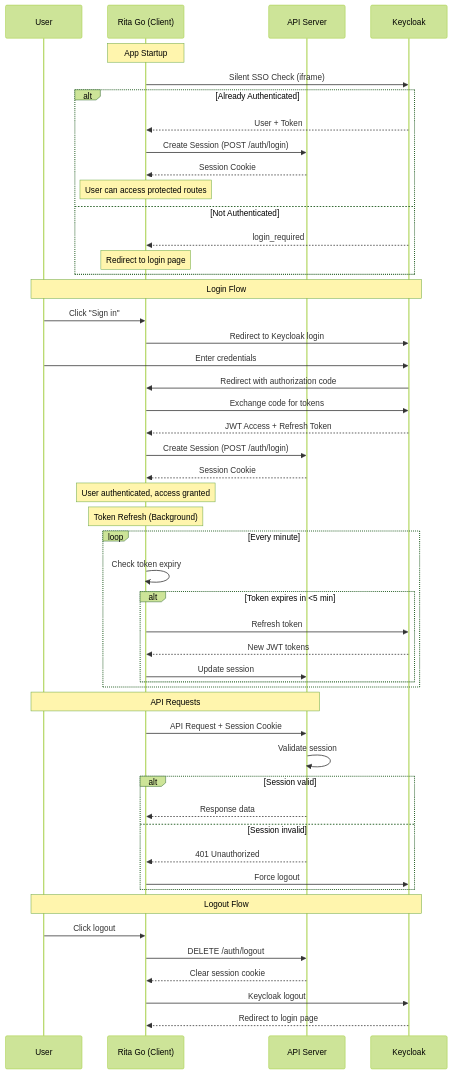
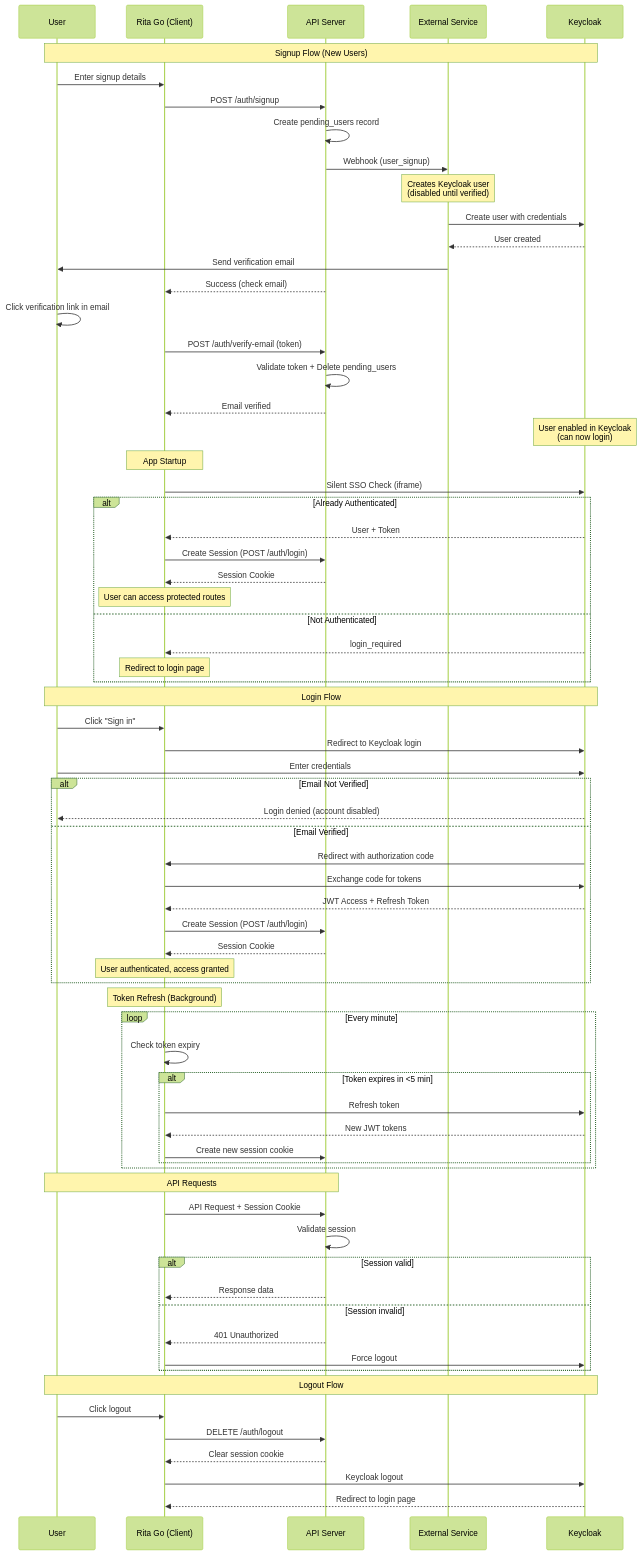
The first of 8 diagrams in docs/AUTHENTICATION_FLOW.md (ewilhelmy-resolve/resolve-prototypes), drawn with Mermaid (forest theme) before and after one commit. The commit also changed other lines of this file, not shown here.

First line of the commit message:
docs(auth): add signup flow with webhook and external service integration

````diff
--- a/docs/AUTHENTICATION_FLOW.md
+++ b/docs/AUTHENTICATION_FLOW.md
@@ -22,58 +22,79 @@
 ```mermaid
 sequenceDiagram
     participant U as User
     participant RG as Rita Go (Client)
     participant API as API Server
+    participant Webhook as External Service
     participant KC as Keycloak
+
+    Note over U,KC: Signup Flow (New Users)
+    U->>RG: Enter signup details
+    RG->>API: POST /auth/signup
+    API->>API: Create pending_users record
+    API->>Webhook: Webhook (user_signup)
+    Note over Webhook: Creates Keycloak user<br/>(disabled until verified)
+    Webhook->>KC: Create user with credentials
+    KC-->>Webhook: User created
+    Webhook->>U: Send verification email
+    API-->>RG: Success (check email)
+
+    U->>U: Click verification link in email
+    RG->>API: POST /auth/verify-email (token)
+    API->>API: Validate token + Delete pending_users
+    API-->>RG: Email verified
+    Note over KC: User enabled in Keycloak<br/>(can now login)
 
     Note over RG: App Startup
     RG->>KC: Silent SSO Check (iframe)
     alt Already Authenticated
         KC-->>RG: User + Token
         RG->>API: Create Session (POST /auth/login)
         API-->>RG: Session Cookie
         Note over RG: User can access protected routes
     else Not Authenticated
         KC-->>RG: login_required
         Note over RG: Redirect to login page
     end
 
     Note over U,KC: Login Flow
     U->>RG: Click "Sign in"
     RG->>KC: Redirect to Keycloak login
     U->>KC: Enter credentials
-    KC->>RG: Redirect with authorization code
-    RG->>KC: Exchange code for tokens
-    KC-->>RG: JWT Access + Refresh Token
-    RG->>API: Create Session (POST /auth/login)
-    API-->>RG: Session Cookie
-
-    Note over RG: User authenticated, access granted
+    alt Email Not Verified
+        KC-->>U: Login denied (account disabled)
+    else Email Verified
+        KC->>RG: Redirect with authorization code
+        RG->>KC: Exchange code for tokens
+        KC-->>RG: JWT Access + Refresh Token
+        RG->>API: Create Session (POST /auth/login)
+        API-->>RG: Session Cookie
+        Note over RG: User authenticated, access granted
+    end
 
     Note over RG: Token Refresh (Background)
     loop Every minute
         RG->>RG: Check token expiry
         alt Token expires in <5 min
             RG->>KC: Refresh token
             KC-->>RG: New JWT tokens
-            RG->>API: Update session
+            RG->>API: Create new session cookie
         end
     end
 
     Note over U,API: API Requests
     RG->>API: API Request + Session Cookie
     API->>API: Validate session
     alt Session valid
         API-->>RG: Response data
     else Session invalid
         API-->>RG: 401 Unauthorized
         RG->>KC: Force logout
     end
 
     Note over U,KC: Logout Flow
     U->>RG: Click logout
     RG->>API: DELETE /auth/logout
     API-->>RG: Clear session cookie
     RG->>KC: Keycloak logout
     KC-->>RG: Redirect to login page
 ```
````
